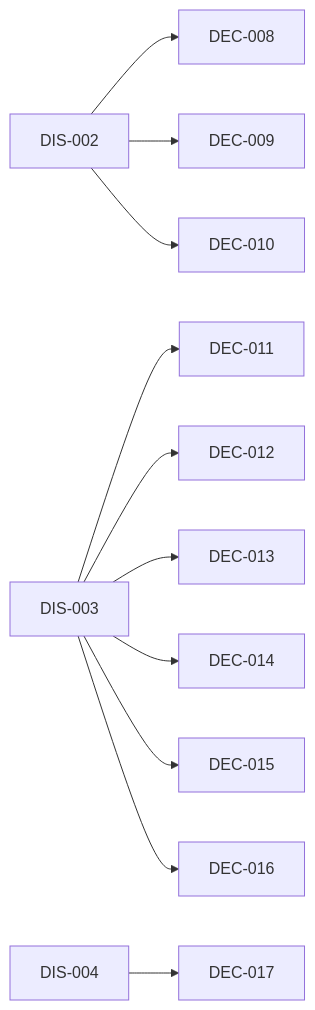
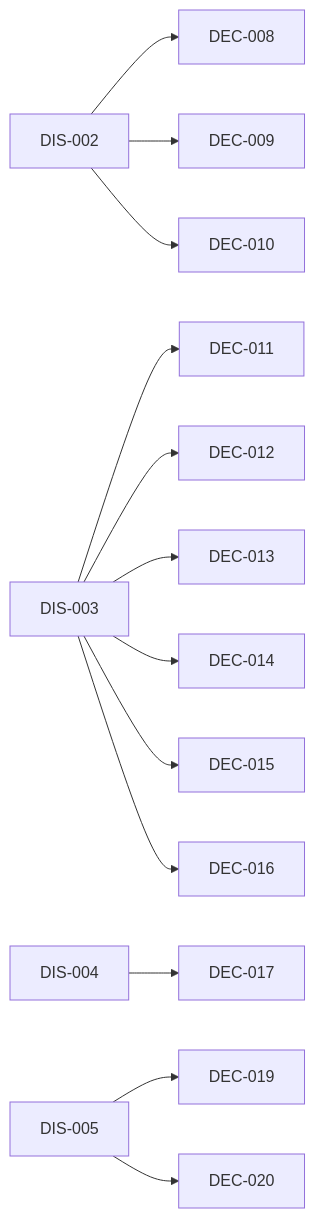
One commit to amartis/sonoai_research_notes changed the diagram in INDEX.md. Above: the diagram before and after it, drawn with Mermaid. The commit also changed other lines of this file and 3 other files, not shown here.

Commit message:
Add DIS-005, DEC-019 and DEC-020 (proposed): Label Studio review projects, default venv matching the GPU box

````diff
--- a/INDEX.md
+++ b/INDEX.md
@@ -41,13 +44,15 @@
 ```mermaid
 flowchart LR
   DIS_002[DIS-002] --> DEC_008[DEC-008]
   DIS_002[DIS-002] --> DEC_009[DEC-009]
   DIS_002[DIS-002] --> DEC_010[DEC-010]
   DIS_003[DIS-003] --> DEC_011[DEC-011]
   DIS_003[DIS-003] --> DEC_012[DEC-012]
   DIS_003[DIS-003] --> DEC_013[DEC-013]
   DIS_003[DIS-003] --> DEC_014[DEC-014]
   DIS_003[DIS-003] --> DEC_015[DEC-015]
   DIS_003[DIS-003] --> DEC_016[DEC-016]
   DIS_004[DIS-004] --> DEC_017[DEC-017]
+  DIS_005[DIS-005] --> DEC_019[DEC-019]
+  DIS_005[DIS-005] --> DEC_020[DEC-020]
 ```
````
